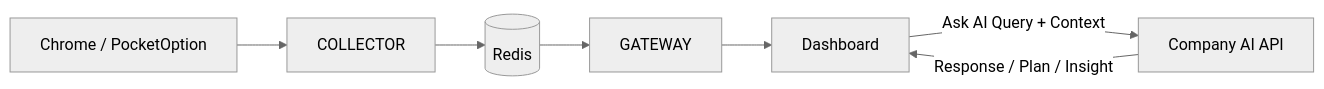
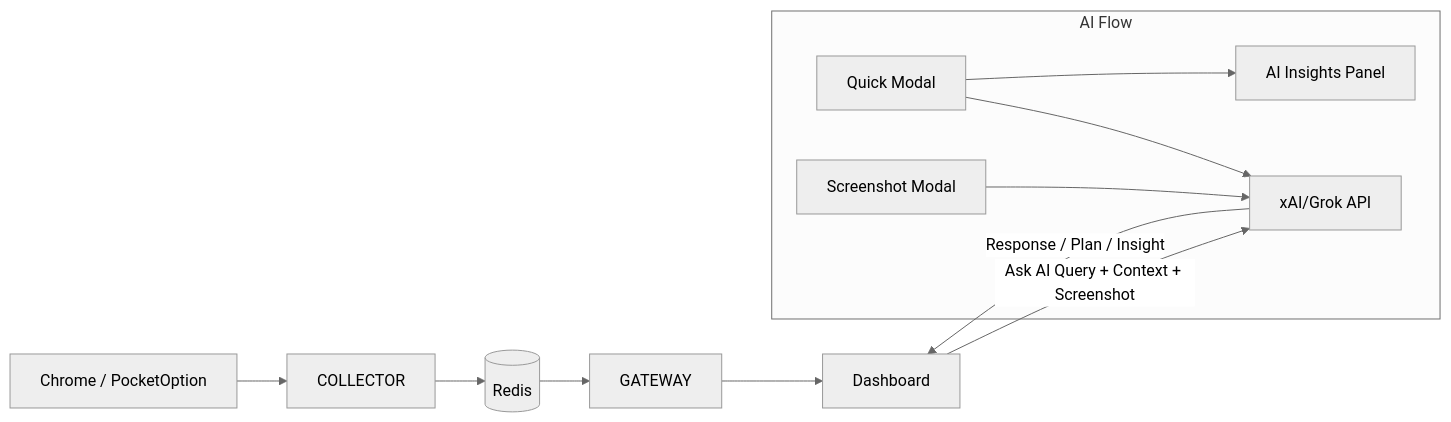
One commit to PHCStanton/QuFLX-v2 changed the diagram in ai_dev_docs/ai_integration_ask_ai_overview_25-12-19.md. Above: the diagram before and after it, drawn with Mermaid (neutral theme). The commit also changed other lines of this file and 25 other files, not shown here.

````diff
--- a/ai_dev_docs/ai_integration_ask_ai_overview_25-12-19.md
+++ b/ai_dev_docs/ai_integration_ask_ai_overview_25-12-19.md
@@ -28,10 +53,16 @@
 ```mermaid
 flowchart LR
     PO[Chrome / PocketOption] --> COLLECTOR
     COLLECTOR --> REDIS[(Redis)]
     REDIS --> GATEWAY
     GATEWAY --> UI[Dashboard]
 
-    UI -->|Ask AI Query + Context| AI_API[Company AI API]
+    UI -->|Ask AI Query + Context + Screenshot| AI_API[xAI/Grok API]
     AI_API -->|Response / Plan / Insight| UI
+    
+    subgraph AI_FLOW [AI Flow]
+        MODAL[Quick Modal] --> AI_API
+        MODAL --> PANEL[AI Insights Panel]
+        SCREENSHOT[Screenshot Modal] --> AI_API
+    end
 ```
````
